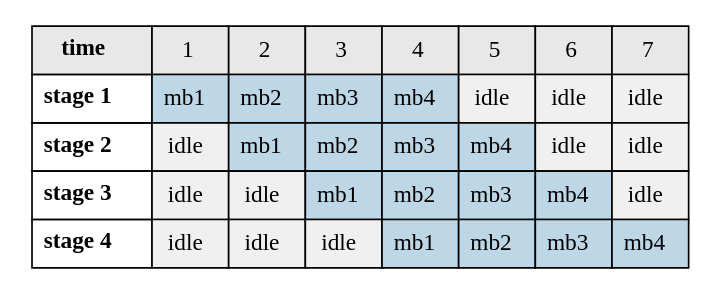
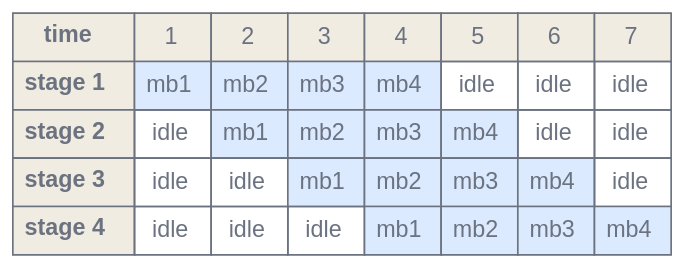
One commit to latere-ai/ai-as-an-infrastructure changed the first of 4 diagrams in en/p1-foundations/08-training-at-scale.qmd. Above: the diagram before and after it, drawn with Graphviz. The commit also changed other lines of this file and 186 other files, not shown here.

First line of the commit message:
book: visual audit pass on all diagrams and figures

````diff
--- a/en/p1-foundations/08-training-at-scale.qmd
+++ b/en/p1-foundations/08-training-at-scale.qmd
@@ -65,17 +65,18 @@
 ```{dot}
 //| label: fig-training-bubble
 //| fig-cap: "Pipeline bubble over four stages and four micro-batches: the fill at the start and the drain at the end leave stages idle. After Huang et al., 2019."
 digraph bubble {
+  bgcolor="transparent";
   rankdir=LR;
-  node [shape=plaintext];
+  node [shape=plaintext, fontname="Helvetica", fontcolor="#6b7280"];
   t [label=<
-    <table border="0" cellborder="1" cellspacing="0" cellpadding="6">
-      <tr><td bgcolor="#e8e8e8"><b>time</b></td><td bgcolor="#e8e8e8">1</td><td bgcolor="#e8e8e8">2</td><td bgcolor="#e8e8e8">3</td><td bgcolor="#e8e8e8">4</td><td bgcolor="#e8e8e8">5</td><td bgcolor="#e8e8e8">6</td><td bgcolor="#e8e8e8">7</td></tr>
-      <tr><td><b>stage 1</b></td><td bgcolor="#bdd7e7">mb1</td><td bgcolor="#bdd7e7">mb2</td><td bgcolor="#bdd7e7">mb3</td><td bgcolor="#bdd7e7">mb4</td><td bgcolor="#f0f0f0">idle</td><td bgcolor="#f0f0f0">idle</td><td bgcolor="#f0f0f0">idle</td></tr>
-      <tr><td><b>stage 2</b></td><td bgcolor="#f0f0f0">idle</td><td bgcolor="#bdd7e7">mb1</td><td bgcolor="#bdd7e7">mb2</td><td bgcolor="#bdd7e7">mb3</td><td bgcolor="#bdd7e7">mb4</td><td bgcolor="#f0f0f0">idle</td><td bgcolor="#f0f0f0">idle</td></tr>
-      <tr><td><b>stage 3</b></td><td bgcolor="#f0f0f0">idle</td><td bgcolor="#f0f0f0">idle</td><td bgcolor="#bdd7e7">mb1</td><td bgcolor="#bdd7e7">mb2</td><td bgcolor="#bdd7e7">mb3</td><td bgcolor="#bdd7e7">mb4</td><td bgcolor="#f0f0f0">idle</td></tr>
-      <tr><td><b>stage 4</b></td><td bgcolor="#f0f0f0">idle</td><td bgcolor="#f0f0f0">idle</td><td bgcolor="#f0f0f0">idle</td><td bgcolor="#bdd7e7">mb1</td><td bgcolor="#bdd7e7">mb2</td><td bgcolor="#bdd7e7">mb3</td><td bgcolor="#bdd7e7">mb4</td></tr>
+    <table border="0" cellborder="1" cellspacing="0" cellpadding="6" color="#6b7280">
+      <tr><td bgcolor="#f1ece1"><b>time</b></td><td bgcolor="#f1ece1">1</td><td bgcolor="#f1ece1">2</td><td bgcolor="#f1ece1">3</td><td bgcolor="#f1ece1">4</td><td bgcolor="#f1ece1">5</td><td bgcolor="#f1ece1">6</td><td bgcolor="#f1ece1">7</td></tr>
+      <tr><td bgcolor="#f1ece1"><b>stage 1</b></td><td bgcolor="#dbeafe">mb1</td><td bgcolor="#dbeafe">mb2</td><td bgcolor="#dbeafe">mb3</td><td bgcolor="#dbeafe">mb4</td><td>idle</td><td>idle</td><td>idle</td></tr>
+      <tr><td bgcolor="#f1ece1"><b>stage 2</b></td><td>idle</td><td bgcolor="#dbeafe">mb1</td><td bgcolor="#dbeafe">mb2</td><td bgcolor="#dbeafe">mb3</td><td bgcolor="#dbeafe">mb4</td><td>idle</td><td>idle</td></tr>
+      <tr><td bgcolor="#f1ece1"><b>stage 3</b></td><td>idle</td><td>idle</td><td bgcolor="#dbeafe">mb1</td><td bgcolor="#dbeafe">mb2</td><td bgcolor="#dbeafe">mb3</td><td bgcolor="#dbeafe">mb4</td><td>idle</td></tr>
+      <tr><td bgcolor="#f1ece1"><b>stage 4</b></td><td>idle</td><td>idle</td><td>idle</td><td bgcolor="#dbeafe">mb1</td><td bgcolor="#dbeafe">mb2</td><td bgcolor="#dbeafe">mb3</td><td bgcolor="#dbeafe">mb4</td></tr>
     </table>
   >];
 }
 ```
````
